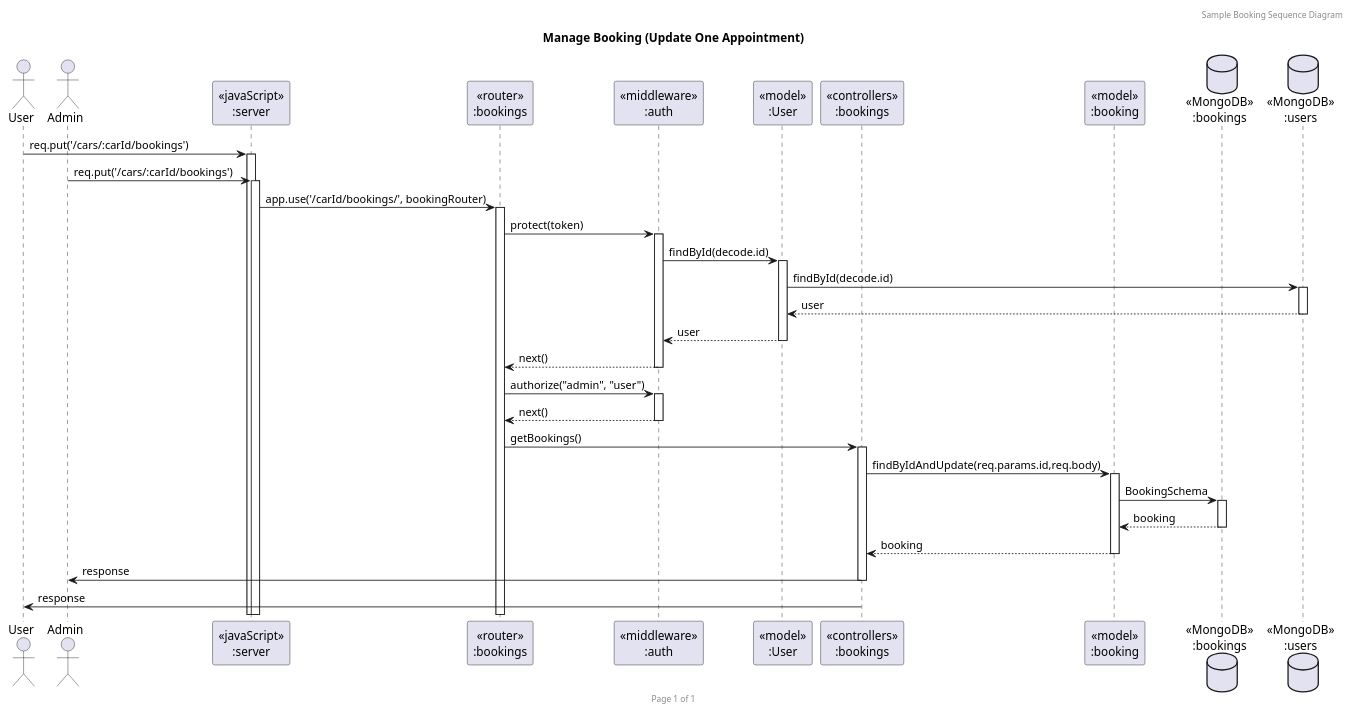
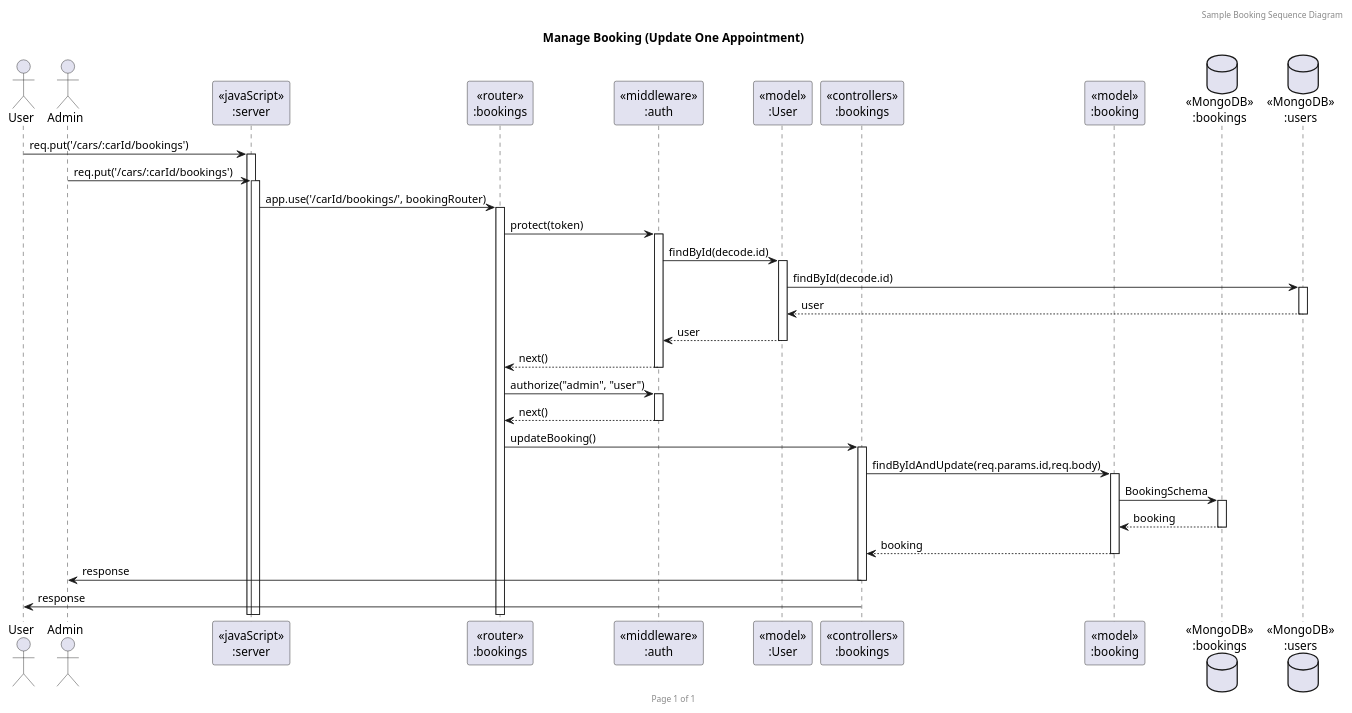
Before and after one commit to tahphalat/Backend-for-fe-project: the diagram in documents/Sequence/Booking/Booking/5UpdateBooking.puml, drawn with PlantUML. The commit also changed 3 other files, not shown here.

Commit message:
satang change function of some plantuml diagrmas

```diff
--- a/documents/Sequence/Booking/Booking/5UpdateBooking.puml
+++ b/documents/Sequence/Booking/Booking/5UpdateBooking.puml
@@ -1,45 +1,45 @@
 @startuml Manage Booking (Update One Appointment)
 
 header Sample Booking Sequence Diagram
 footer Page %page% of %lastpage%
 title "Manage Booking (Update One Appointment)"
 
 ' --------------------------------------------------------------------
 actor "User" as user
 actor "Admin" as admin
 participant "<<javaScript>>\n:server" as server
 participant "<<router>>\n:bookings" as routerBookings
 participant "<<middleware>>\n:auth" as middlewareAuth
 participant "<<model>>\n:User" as modelUser
 participant "<<controllers>>\n:bookings" as controllersBookings
 participant "<<model>>\n:booking" as modelBookings
 database "<<MongoDB>>\n:bookings" as BookingsDatabase
 database "<<MongoDB>>\n:users" as UsersDatabase
 
 ' --------------------------------------------------------------------
 user -> server ++: req.put('/cars/:carId/bookings')
 admin -> server ++: req.put('/cars/:carId/bookings')
 
 server -> routerBookings ++: app.use('/carId/bookings/', bookingRouter)
 routerBookings -> middlewareAuth ++: protect(token)
 middlewareAuth -> modelUser ++: findById(decode.id)
 modelUser -> UsersDatabase ++: findById(decode.id)
 modelUser <-- UsersDatabase --: user
 middlewareAuth <-- modelUser --:user
 middlewareAuth --> routerBookings --: next()
 
 routerBookings -> middlewareAuth ++: authorize("admin", "user")
 routerBookings <-- middlewareAuth --: next()
 
-routerBookings -> controllersBookings ++: getBookings()
+routerBookings -> controllersBookings ++: updateBooking()
 
 controllersBookings -> modelBookings ++: findByIdAndUpdate(req.params.id,req.body)
 
 modelBookings -> BookingsDatabase ++: BookingSchema
 BookingsDatabase --> modelBookings --: booking
 controllersBookings <-- modelBookings --: booking
 controllersBookings -> admin --: response
 controllersBookings -> user --: response
 
 ' --------------------------------------------------------------------
 @enduml
```
